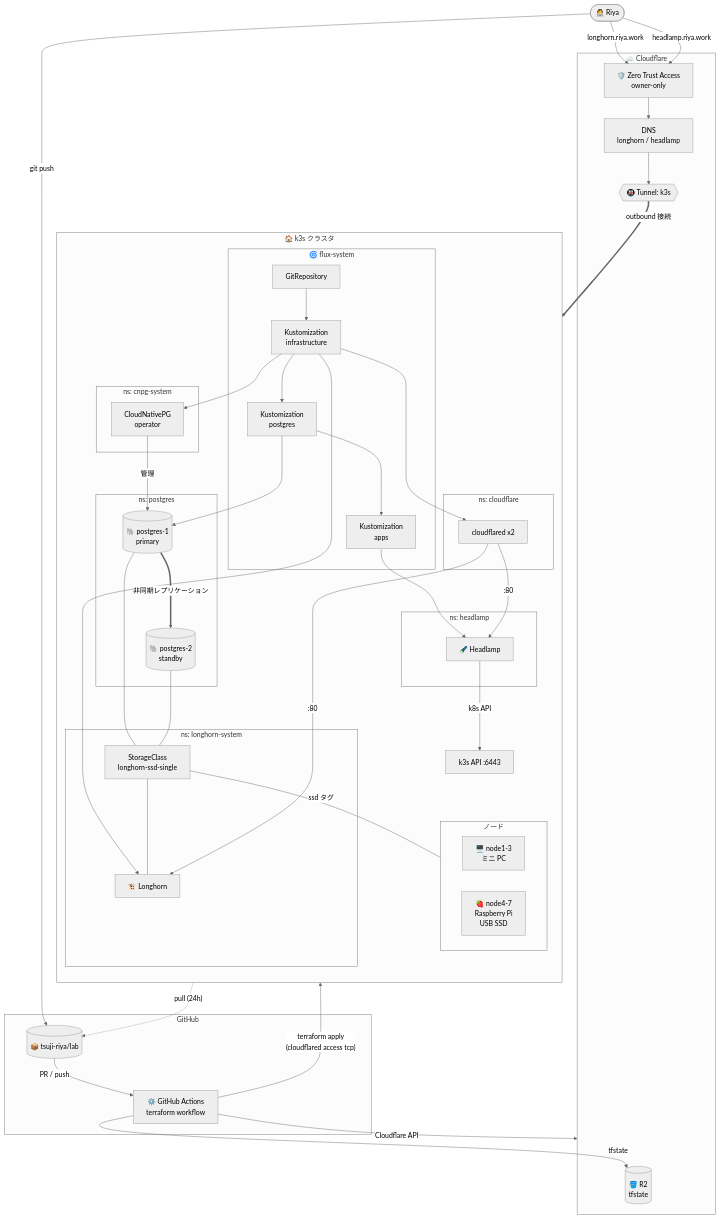
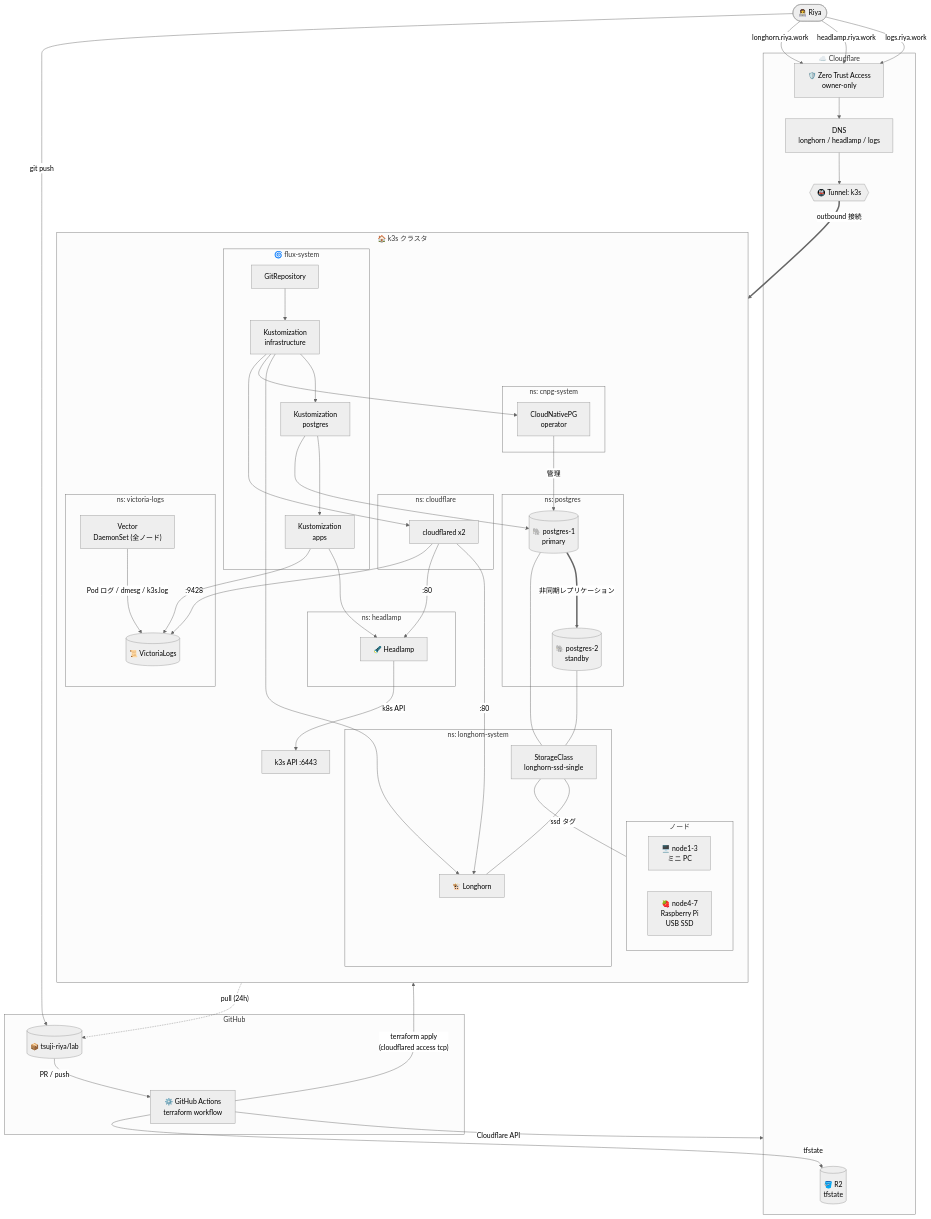
The first of 3 diagrams in README.md (tsuji-riya/lab), drawn with Mermaid (neutral theme) before and after one commit. The commit also changed other lines of this file and 9 other files, not shown here.

````diff
--- a/README.md
+++ b/README.md
@@ -34,7 +34,7 @@
 
     subgraph CF["☁️ Cloudflare"]
         r2[("🪣 R2<br/>tfstate")]
-        dns["DNS<br/>longhorn / headlamp"]
+        dns["DNS<br/>longhorn / headlamp / logs"]
         access["🛡️ Zero Trust Access<br/>owner-only"]
         tunnel{{"🚇 Tunnel: k3s"}}
     end
@@ -77,6 +77,11 @@
         subgraph NS_HL["ns: headlamp"]
             headlamp["🔦 Headlamp"]
         end
+
+        subgraph NS_VL["ns: victoria-logs"]
+            vlogs[("📜 VictoriaLogs")]
+            vector["Vector<br/>DaemonSet (全ノード)"]
+        end
     end
 
     user -- "git push" --> repo
@@ -93,6 +98,8 @@
     ks_infra --> cfd
     ks_pg --> pgp
     ks_apps --> headlamp
+    ks_apps --> vlogs
+    vector -- "Pod ログ / dmesg / k3s.log" --> vlogs
 
     cnpg -- "管理" --> pgp
     pgp == "非同期レプリケーション" ==> pgs
@@ -103,10 +110,12 @@
 
     user -- "longhorn.riya.work" --> access
     user -- "headlamp.riya.work" --> access
+    user -- "logs.riya.work" --> access
     access --> dns
     dns --> tunnel
     tunnel == "outbound 接続" ==> cfd
     cfd -- ":80" --> lh
     cfd -- ":80" --> headlamp
+    cfd -- ":9428" --> vlogs
     headlamp -- "k8s API" --> api
 ```
````
